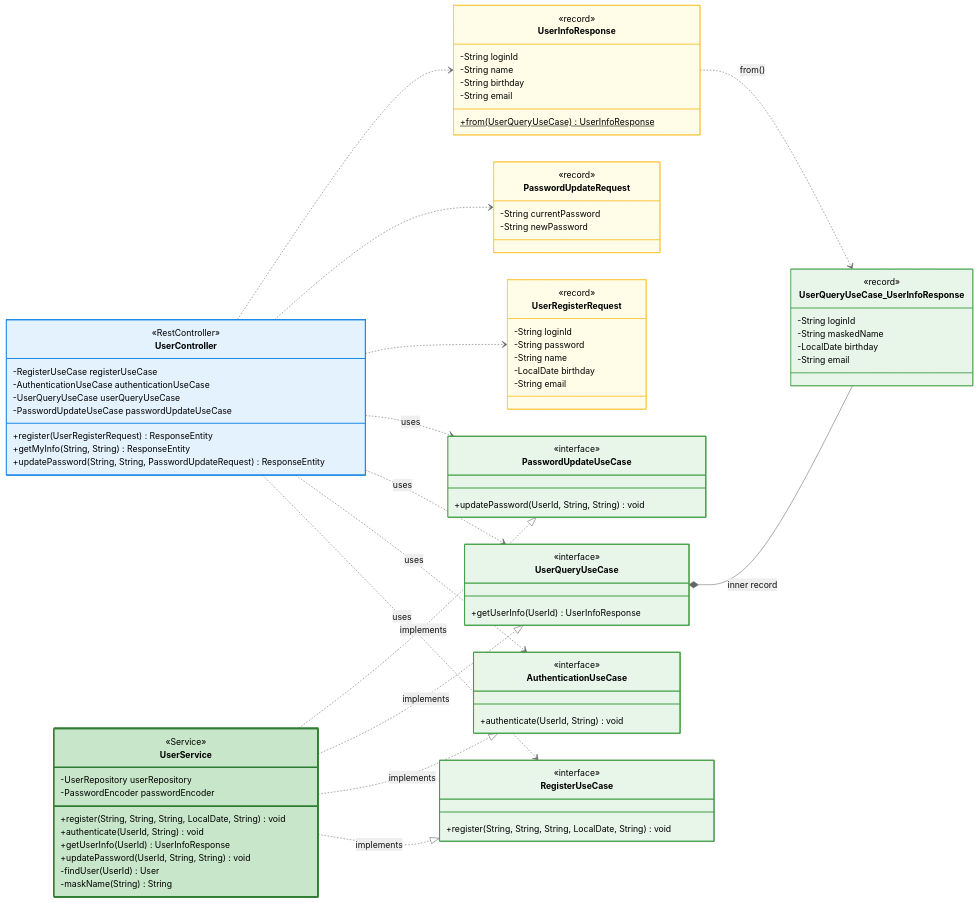
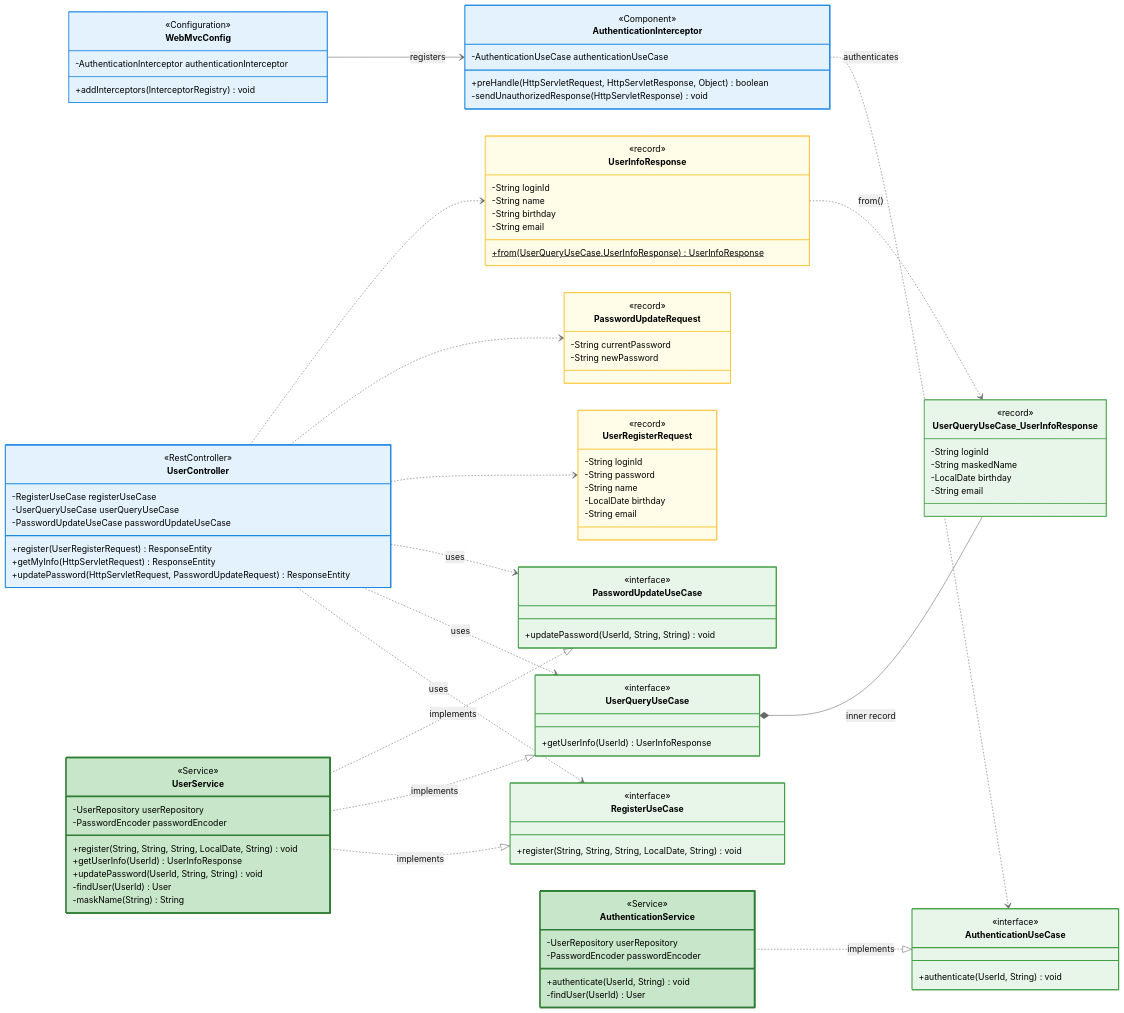
The second of 6 diagrams in .docs/design/03-class-diagram.md (ukukdin/loop-pack-be-l2-vol3-java), drawn with Mermaid (neutral theme) before and after one commit. The commit also changed other lines of this file and 10 other files, not shown here.

First line of the commit message:
refactor: AuthenticationService 분리 + 인증 Interceptor 도입 및 클래스 다이어그램 업데이트

````diff
--- a/.docs/design/03-class-diagram.md
+++ b/.docs/design/03-class-diagram.md
@@ -42,17 +42,31 @@
     direction LR
 
     %% ═══════════════════════════════════════
-    %% Interfaces Layer
+    %% Interfaces Layer - Interceptor
+    %% ═══════════════════════════════════════
+    class AuthenticationInterceptor {
+        <<Component>>
+        -AuthenticationUseCase authenticationUseCase
+        +preHandle(HttpServletRequest, HttpServletResponse, Object) boolean
+        -sendUnauthorizedResponse(HttpServletResponse) void
+    }
+    class WebMvcConfig {
+        <<Configuration>>
+        -AuthenticationInterceptor authenticationInterceptor
+        +addInterceptors(InterceptorRegistry) void
+    }
+
+    %% ═══════════════════════════════════════
+    %% Interfaces Layer - Controller & DTOs
     %% ═══════════════════════════════════════
     class UserController {
         <<RestController>>
         -RegisterUseCase registerUseCase
-        -AuthenticationUseCase authenticationUseCase
         -UserQueryUseCase userQueryUseCase
         -PasswordUpdateUseCase passwordUpdateUseCase
         +register(UserRegisterRequest) ResponseEntity
-        +getMyInfo(String, String) ResponseEntity
-        +updatePassword(String, String, PasswordUpdateRequest) ResponseEntity
+        +getMyInfo(HttpServletRequest) ResponseEntity
+        +updatePassword(HttpServletRequest, PasswordUpdateRequest) ResponseEntity
     }
     class UserRegisterRequest {
         <<record>>
@@ -68,7 +82,7 @@
         -String name
         -String birthday
         -String email
-        +from(UserQueryUseCase) UserInfoResponse$
+        +from(UserQueryUseCase.UserInfoResponse) UserInfoResponse$
     }
     class PasswordUpdateRequest {
         <<record>>
@@ -107,16 +121,25 @@
         -UserRepository userRepository
         -PasswordEncoder passwordEncoder
         +register(String, String, String, LocalDate, String) void
-        +authenticate(UserId, String) void
         +getUserInfo(UserId) UserInfoResponse
         +updatePassword(UserId, String, String) void
         -findUser(UserId) User
         -maskName(String) String
     }
+    class AuthenticationService {
+        <<Service>>
+        -UserRepository userRepository
+        -PasswordEncoder passwordEncoder
+        +authenticate(UserId, String) void
+        -findUser(UserId) User
+    }
+
+    %% --- Interceptor → UseCase ---
+    AuthenticationInterceptor ..> AuthenticationUseCase : authenticates
+    WebMvcConfig --> AuthenticationInterceptor : registers
 
     %% --- 의존 (Dependency): Controller → UseCase ---
     UserController ..> RegisterUseCase : uses
-    UserController ..> AuthenticationUseCase : uses
     UserController ..> UserQueryUseCase : uses
     UserController ..> PasswordUpdateUseCase : uses
 
@@ -127,9 +150,9 @@
 
     %% --- 실체화 (Realization): Service → UseCase ---
     UserService ..|> RegisterUseCase : implements
-    UserService ..|> AuthenticationUseCase : implements
     UserService ..|> UserQueryUseCase : implements
     UserService ..|> PasswordUpdateUseCase : implements
+    AuthenticationService ..|> AuthenticationUseCase : implements
 
     %% --- inner record ---
     UserQueryUseCase *-- UserQueryUseCase_UserInfoResponse : inner record
@@ -140,6 +163,8 @@
     %% ═══════════════════════════════════════
     %% Styling
     %% ═══════════════════════════════════════
+    style AuthenticationInterceptor fill:#e3f2fd,stroke:#1e88e5,stroke-width:2px,color:#000
+    style WebMvcConfig fill:#e3f2fd,stroke:#1e88e5,stroke-width:1px,color:#000
     style UserController fill:#e3f2fd,stroke:#1e88e5,stroke-width:2px,color:#000
     style UserRegisterRequest fill:#fffde7,stroke:#fbc02d,stroke-width:1px,color:#000
     style UserInfoResponse fill:#fffde7,stroke:#fbc02d,stroke-width:1px,color:#000
@@ -151,4 +176,5 @@
     style UserQueryUseCase_UserInfoResponse fill:#e8f5e9,stroke:#43a047,stroke-width:1px,color:#000
     style PasswordUpdateUseCase fill:#e8f5e9,stroke:#43a047,stroke-width:2px,color:#000
     style UserService fill:#c8e6c9,stroke:#2e7d32,stroke-width:3px,color:#000
+    style AuthenticationService fill:#c8e6c9,stroke:#2e7d32,stroke-width:3px,color:#000
 ```
````
